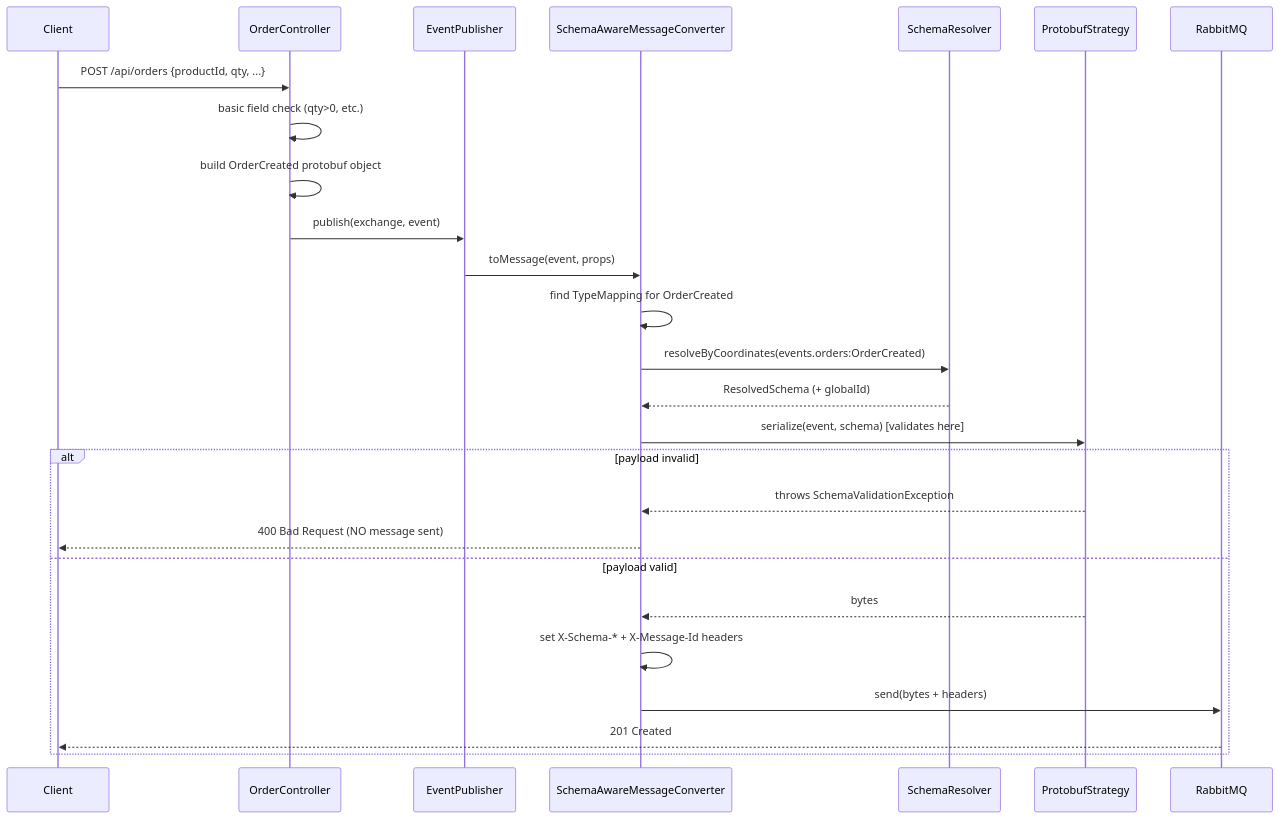
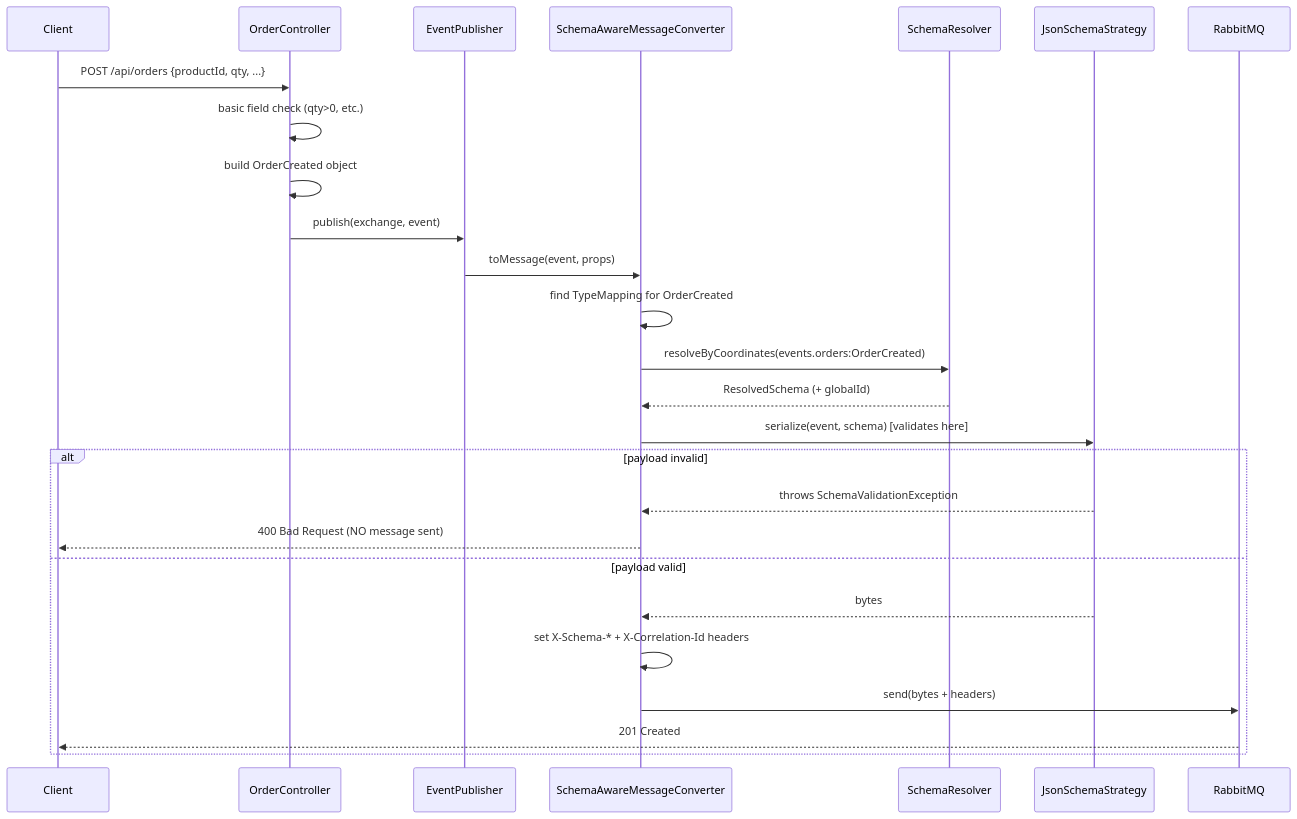
The third of 9 diagrams in docs/TECHNICAL-REPORT.md (anarefin/schema-registry-demo), drawn with Mermaid before and after one commit. The commit also changed other lines of this file and 29 other files, not shown here.

````diff
--- a/docs/TECHNICAL-REPORT.md
+++ b/docs/TECHNICAL-REPORT.md
@@ -185,29 +177,29 @@
 ```mermaid
 sequenceDiagram
     participant Client
     participant Ctrl as OrderController
     participant Pub as EventPublisher
     participant Conv as SchemaAwareMessageConverter
     participant Res as SchemaResolver
-    participant Strat as ProtobufStrategy
+    participant Strat as JsonSchemaStrategy
     participant MQ as RabbitMQ
 
     Client->>Ctrl: POST /api/orders {productId, qty, ...}
     Ctrl->>Ctrl: basic field check (qty>0, etc.)
-    Ctrl->>Ctrl: build OrderCreated protobuf object
+    Ctrl->>Ctrl: build OrderCreated object
     Ctrl->>Pub: publish(exchange, event)
     Pub->>Conv: toMessage(event, props)
     Conv->>Conv: find TypeMapping for OrderCreated
     Conv->>Res: resolveByCoordinates(events.orders:OrderCreated)
     Res-->>Conv: ResolvedSchema (+ globalId)
     Conv->>Strat: serialize(event, schema)  [validates here]
     alt payload invalid
         Strat-->>Conv: throws SchemaValidationException
         Conv-->>Client: 400 Bad Request (NO message sent)
     else payload valid
         Strat-->>Conv: bytes
-        Conv->>Conv: set X-Schema-* + X-Message-Id headers
+        Conv->>Conv: set X-Schema-* + X-Correlation-Id headers
         Conv->>MQ: send(bytes + headers)
         MQ-->>Client: 201 Created
     end
 ```
````
